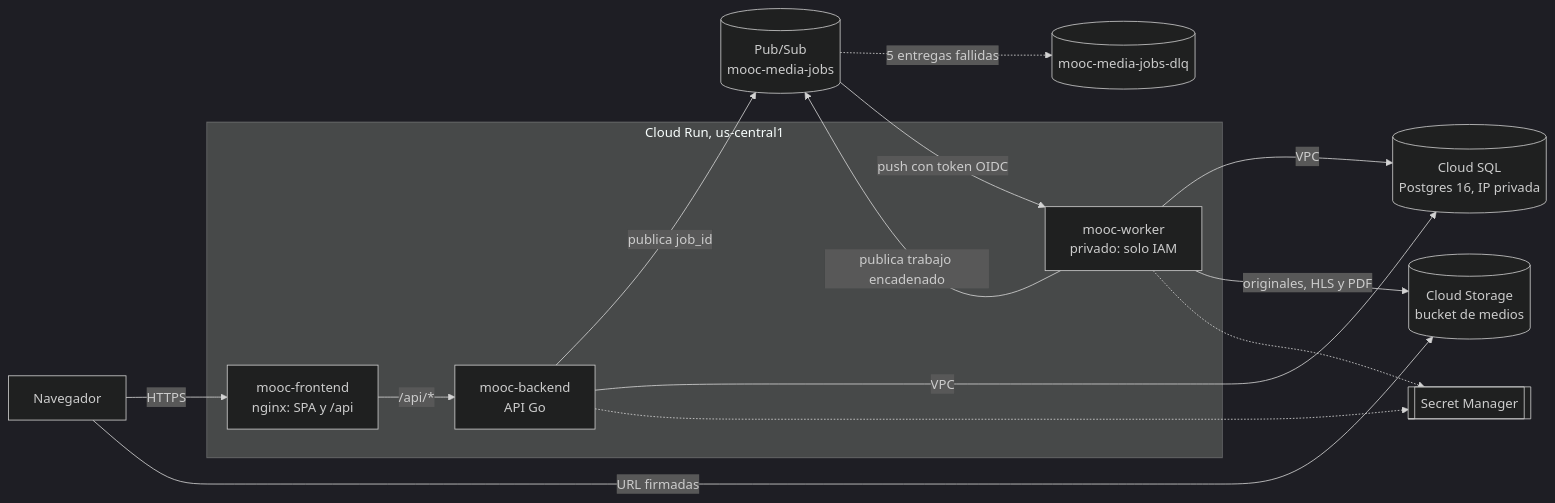
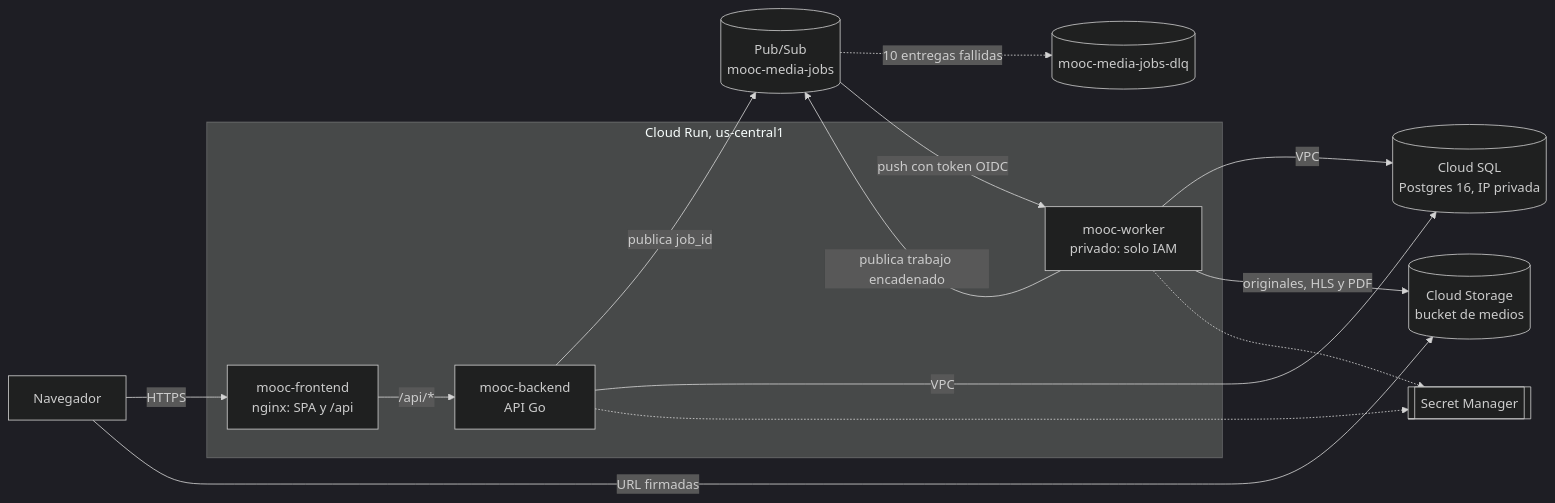
The diagram in docs/entrega4/arquitectura.md (danielasolarte/Proyecto-Desarrollo), drawn with Mermaid (dark theme) before and after one commit. The commit also changed other lines of this file and 20 other files, not shown here.

````diff
--- a/docs/entrega4/arquitectura.md
+++ b/docs/entrega4/arquitectura.md
@@ -7,27 +7,27 @@
 ```mermaid
 flowchart LR
     nav[Navegador]
     subgraph run[Cloud Run, us-central1]
         fe["mooc-frontend<br/>nginx: SPA y /api"]
         be["mooc-backend<br/>API Go"]
         wk["mooc-worker<br/>privado: solo IAM"]
     end
     ps[("Pub/Sub<br/>mooc-media-jobs")]
     dlq[("mooc-media-jobs-dlq")]
     sql[("Cloud SQL<br/>Postgres 16, IP privada")]
     gcs[("Cloud Storage<br/>bucket de medios")]
     sm[["Secret Manager"]]
 
     nav -- HTTPS --> fe
     fe -- "/api/*" --> be
     nav -- URL firmadas --> gcs
     be -- publica job_id --> ps
     ps -- "push con token OIDC" --> wk
-    ps -. "5 entregas fallidas" .-> dlq
+    ps -. "10 entregas fallidas" .-> dlq
     wk -- publica trabajo encadenado --> ps
     be -- VPC --> sql
     wk -- VPC --> sql
     wk -- originales, HLS y PDF --> gcs
     be -.-> sm
     wk -.-> sm
 ```
````
